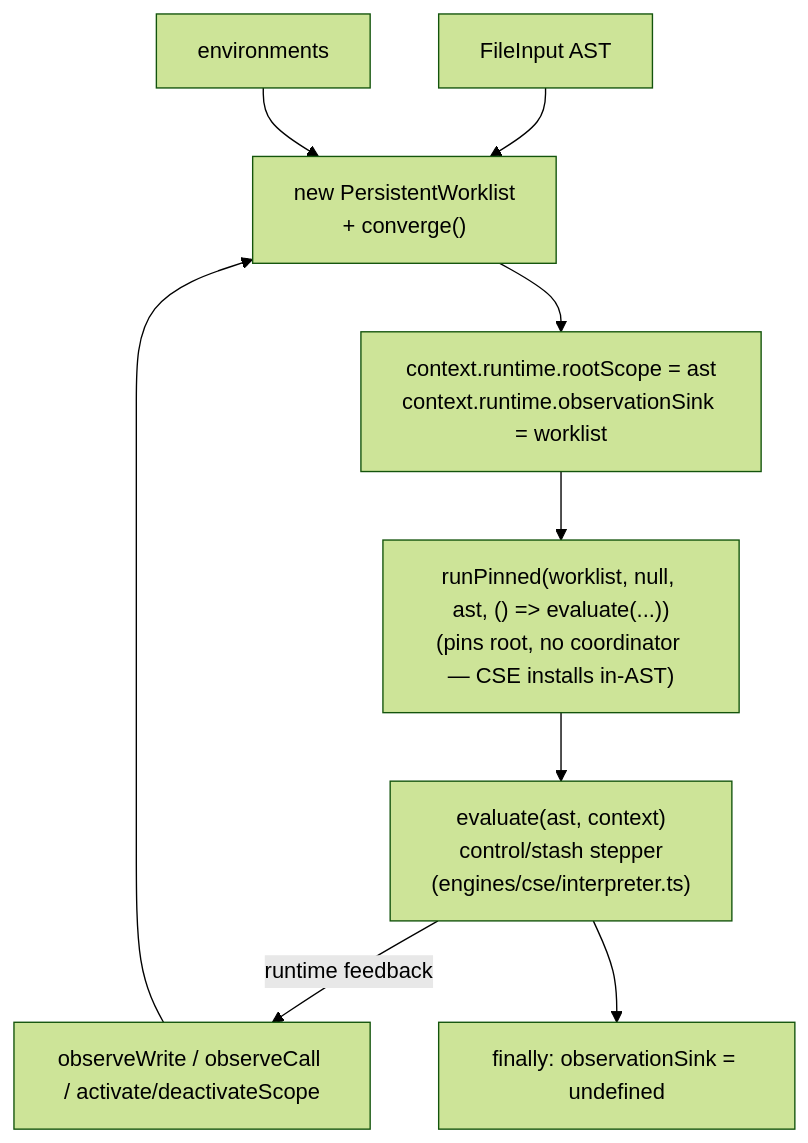
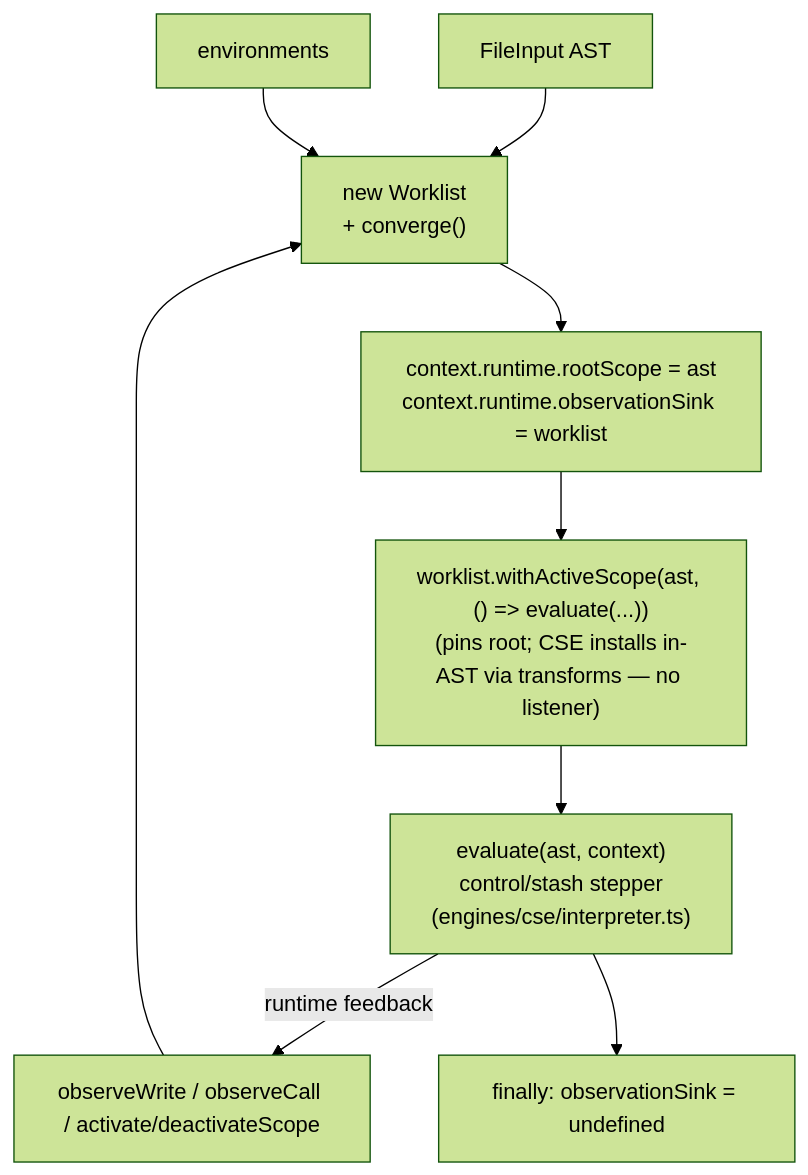
One commit to loyaltypollution/py-slang changed the fifth of 6 diagrams in docs/compilation-flow.md. Above: the diagram before and after it, drawn with Mermaid (forest theme). The commit also changed other lines of this file and 55 other files, not shown here.

````diff
--- a/docs/compilation-flow.md
+++ b/docs/compilation-flow.md
@@ -306,17 +329,17 @@
 ```mermaid
 flowchart TB
     AST["FileInput AST"]
     ENV["environments"]
-    WL["new PersistentWorklist<br/>+ converge()"]
+    WL["new Worklist<br/>+ converge()"]
     WIRE["context.runtime.rootScope = ast<br/>context.runtime.observationSink = worklist"]
-    RUN["runPinned(worklist, null, ast, () => evaluate(...))<br/>(pins root, no coordinator — CSE installs in-AST)"]
+    RUN["worklist.withActiveScope(ast, () => evaluate(...))<br/>(pins root; CSE installs in-AST via transforms — no listener)"]
     EXEC["evaluate(ast, context)<br/>control/stash stepper<br/>(engines/cse/interpreter.ts)"]
     OBS["observeWrite / observeCall / activate/deactivateScope"]
     FIN["finally: observationSink = undefined"]
 
     AST --> WL
     ENV --> WL
     WL --> WIRE --> RUN --> EXEC
     EXEC -- "runtime feedback" --> OBS --> WL
     EXEC --> FIN
 ```
````
